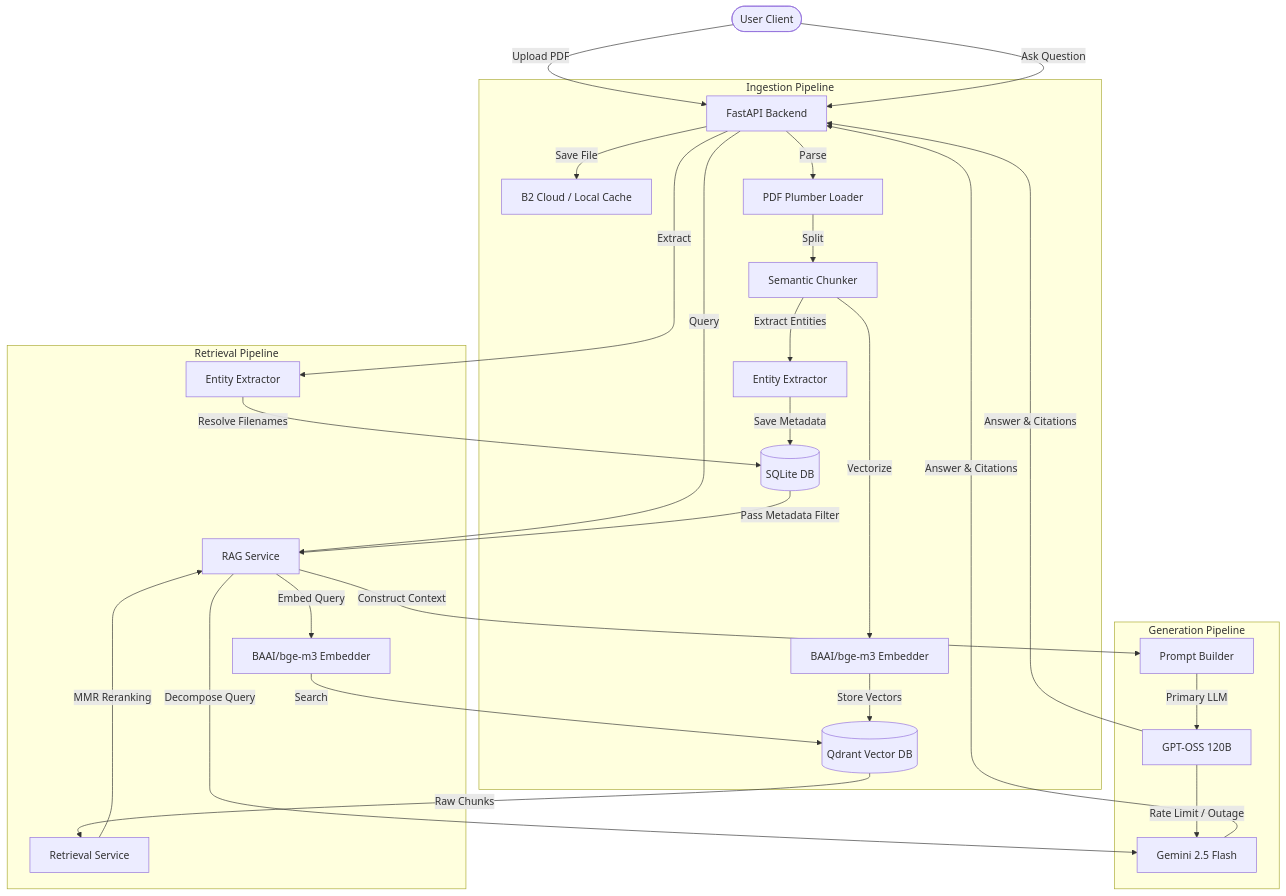
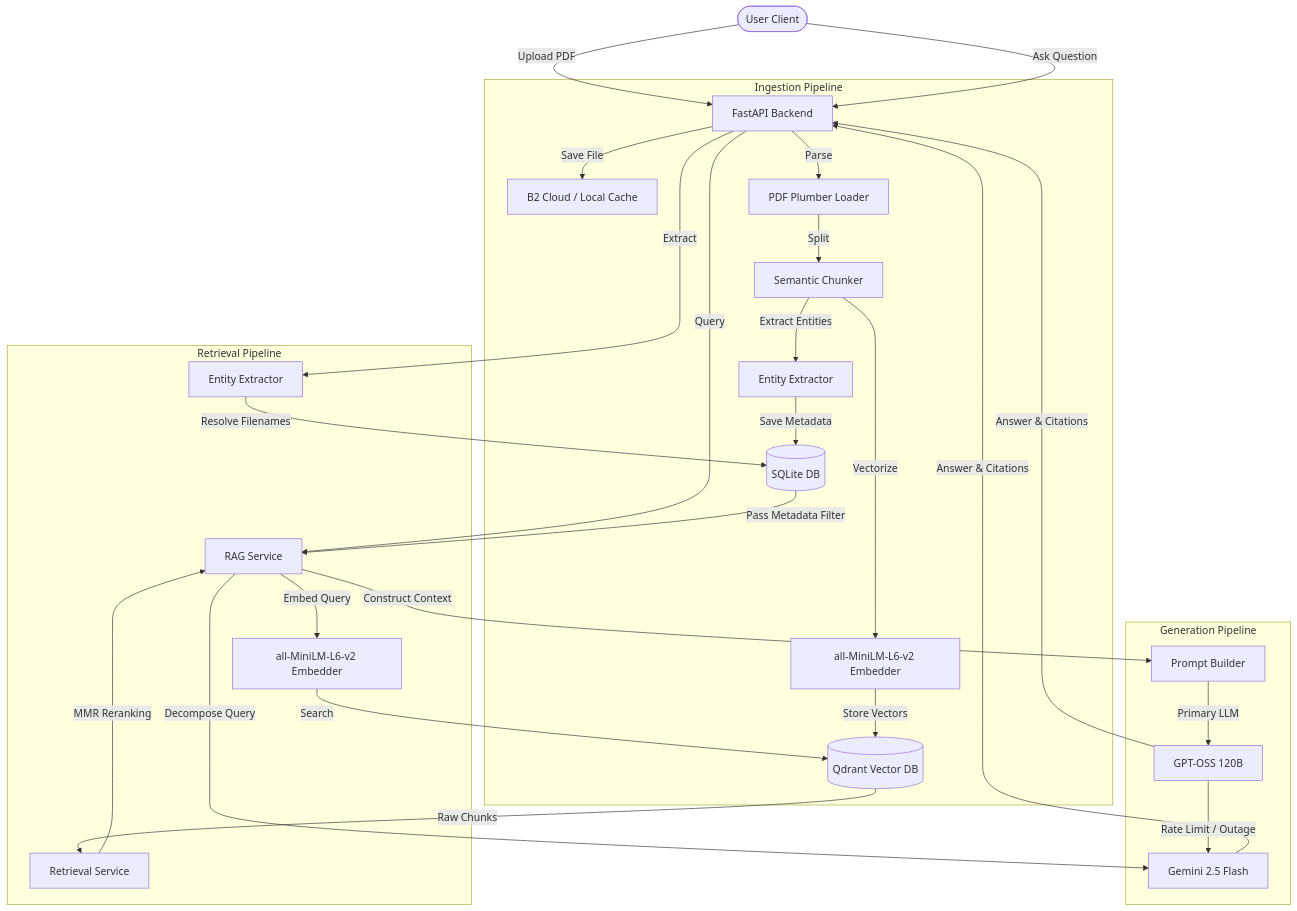
The first of 2 diagrams in README.md (atharv0894/RATAN), drawn with Mermaid before and after one commit. The commit also changed other lines of this file and 8 other files, not shown here.

Commit message:
chore: finalize all-MiniLM migration and update documentation

````diff
--- a/README.md
+++ b/README.md
@@ -40,35 +32,35 @@
 ```mermaid
 flowchart TD
     User([User Client]) -->|Upload PDF| API[FastAPI Backend]
     User -->|Ask Question| API
     
     subgraph Ingestion Pipeline
         API -->|Save File| Storage[B2 Cloud / Local Cache]
         API -->|Parse| Loader[PDF Plumber Loader]
         Loader -->|Split| Chunker[Semantic Chunker]
         Chunker -->|Extract Entities| Entity[Entity Extractor]
         Entity -->|Save Metadata| SQLite[(SQLite DB)]
-        Chunker -->|Vectorize| Embed[BAAI/bge-m3 Embedder]
+        Chunker -->|Vectorize| Embed[all-MiniLM-L6-v2 Embedder]
         Embed -->|Store Vectors| DB[(Qdrant Vector DB)]
     end
     
     subgraph Retrieval Pipeline
         API -->|Extract| Entity2[Entity Extractor]
         Entity2 -->|Resolve Filenames| SQLite
         API -->|Query| RAG[RAG Service]
         SQLite -->|Pass Metadata Filter| RAG
-        RAG -->|Embed Query| Embed2[BAAI/bge-m3 Embedder]
+        RAG -->|Embed Query| Embed2[all-MiniLM-L6-v2 Embedder]
         Embed2 -->|Search| DB
         DB -->|Raw Chunks| Retriever[Retrieval Service]
         Retriever -->|MMR Reranking| RAG
     end
     
     subgraph Generation Pipeline
         RAG -->|Decompose Query| Gemini[Gemini 2.5 Flash]
         RAG -->|Construct Context| Prompt[Prompt Builder]
         Prompt -->|Primary LLM| Groq[GPT-OSS 120B]
         Groq -- Rate Limit / Outage --> Gemini
         Groq -->|Answer & Citations| API
         Gemini -->|Answer & Citations| API
     end
 ```
````
